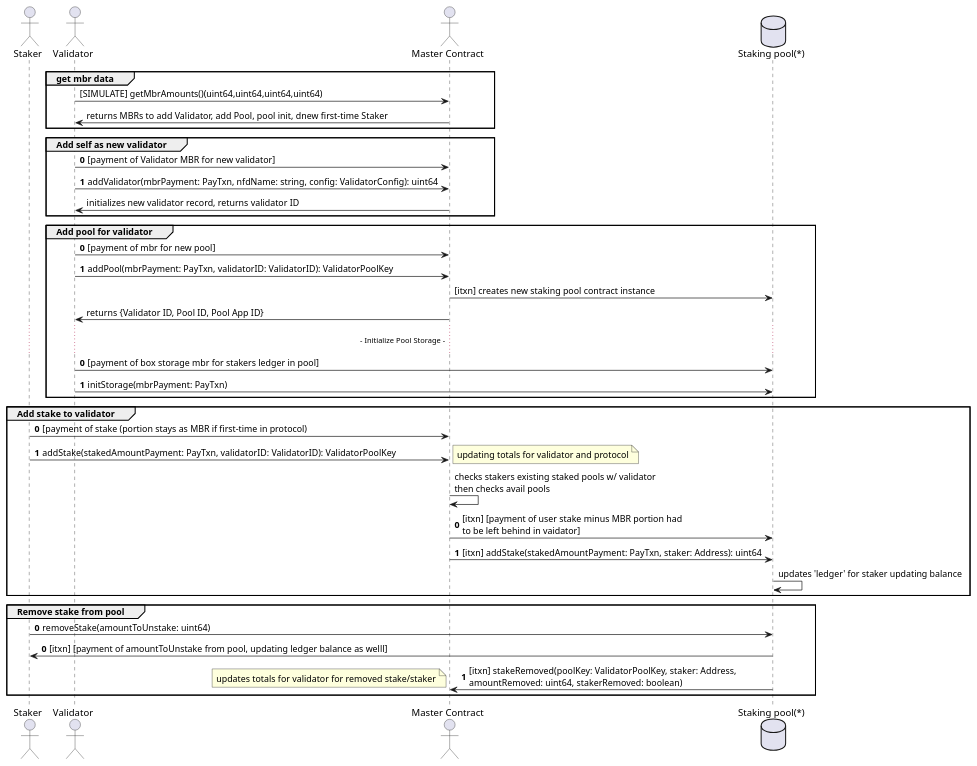
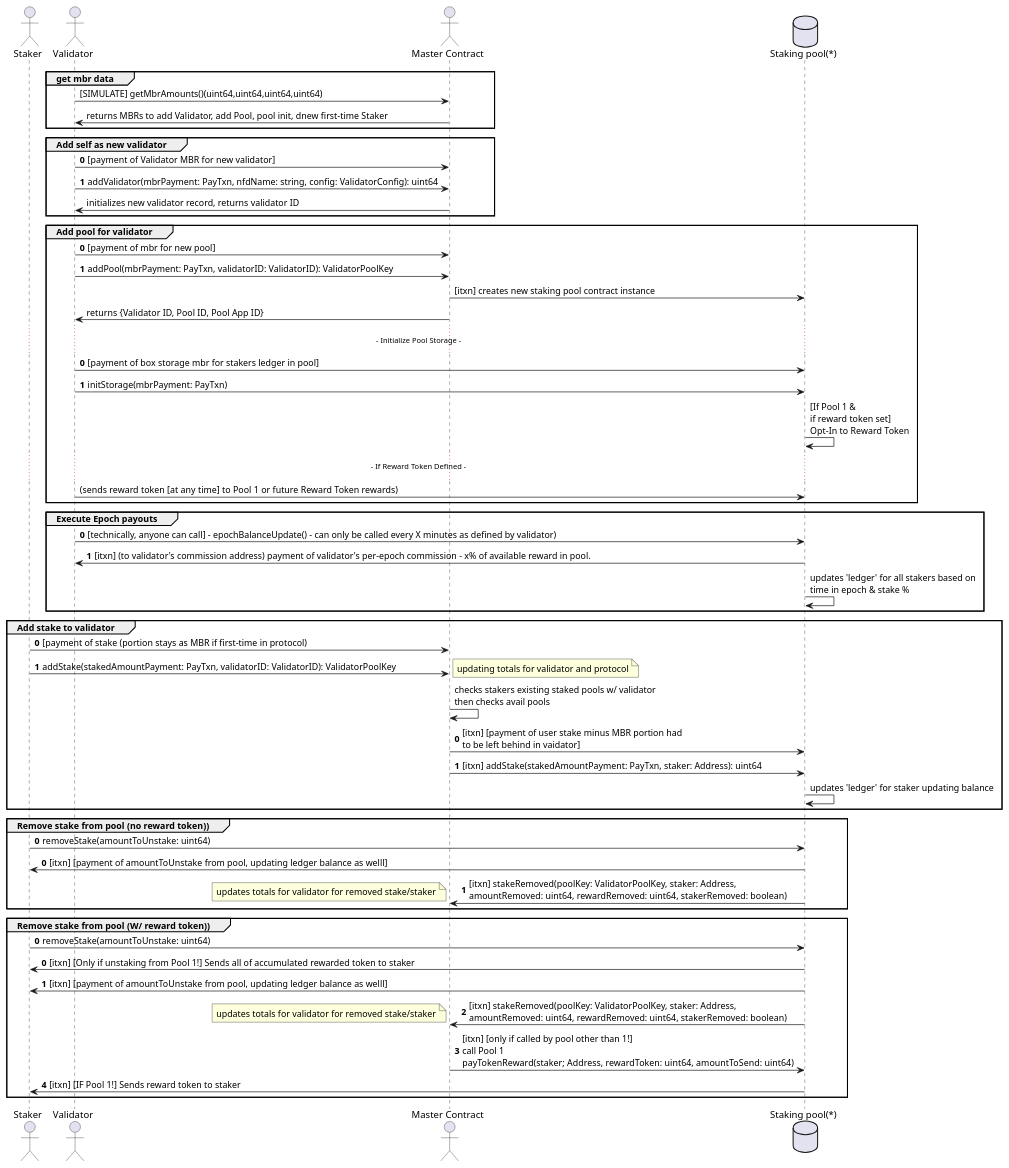
One commit to TxnLab/reti changed the diagram in docs/diagrams/validator.puml. Above: the diagram before and after it, drawn with PlantUML. The commit also changed 14 other files, not shown here.

Commit message:
Updated diagram to cover reward token handling

```diff
--- a/docs/diagrams/validator.puml
+++ b/docs/diagrams/validator.puml
@@ -1,51 +1,75 @@
 @startuml
 actor "Staker" as staker
 actor "Validator" as validator
 actor "Master Contract" as master
 database "Staking pool(*)" as pool
 group get mbr data
 validator -> master: [SIMULATE] getMbrAmounts()(uint64,uint64,uint64,uint64)
 master->validator: returns MBRs to add Validator, add Pool, pool init, dnew first-time Staker
 end
 group Add self as new validator
 autonumber 0
 validator -> master: [payment of Validator MBR for new validator]
 validator -> master: addValidator(mbrPayment: PayTxn, nfdName: string, config: ValidatorConfig): uint64
 autonumber stop
 master -> validator: initializes new validator record, returns validator ID
 end
+
 group Add pool for validator
 autonumber 0
 validator -> master: [payment of mbr for new pool]
 validator -> master: addPool(mbrPayment: PayTxn, validatorID: ValidatorID): ValidatorPoolKey
 autonumber stop
 master -> pool: [itxn] creates new staking pool contract instance
 master -> validator: returns {Validator ID, Pool ID, Pool App ID}
 ...  - Initialize Pool Storage - ...
 autonumber 0
 validator -> pool: [payment of box storage mbr for stakers ledger in pool]
 validator -> pool: initStorage(mbrPayment: PayTxn)
 autonumber stop
+pool -> pool: [If Pool 1 &\nif reward token set]\nOpt-In to Reward Token
+...  - If Reward Token Defined - ...
+validator -> pool: (sends reward token [at any time] to Pool 1 or future Reward Token rewards)
 end
+
+group Execute Epoch payouts
+autonumber 0
+validator -> pool: [technically, anyone can call] - epochBalanceUpdate() - can only be called every X minutes as defined by validator)
+pool -> validator: [itxn] (to validator's commission address) payment of validator's per-epoch commission - x% of available reward in pool.
+autonumber stop
+pool -> pool: updates 'ledger' for all stakers based on\ntime in epoch & stake %
+end
+
 group Add stake to validator
 autonumber 0
 staker -> master: [payment of stake (portion stays as MBR if first-time in protocol)
 staker -> master:  addStake(stakedAmountPayment: PayTxn, validatorID: ValidatorID): ValidatorPoolKey
 note right: updating totals for validator and protocol
 autonumber stop
 master -> master: checks stakers existing staked pools w/ validator\nthen checks avail pools
 autonumber 0
 master -> pool: [itxn] [payment of user stake minus MBR portion had\nto be left behind in vaidator]
 master -> pool: [itxn] addStake(stakedAmountPayment: PayTxn, staker: Address): uint64
 autonumber stop
 pool -> pool: updates 'ledger' for staker updating balance
 end
-group Remove stake from pool
+group Remove stake from pool (no reward token))
 autonumber 0
 staker -> pool: removeStake(amountToUnstake: uint64)
 autonumber 0
 pool -> staker: [itxn] [payment of amountToUnstake from pool, updating ledger balance as welll]
-pool -> master: [itxn] stakeRemoved(poolKey: ValidatorPoolKey, staker: Address,\namountRemoved: uint64, stakerRemoved: boolean)
+pool -> master: [itxn] stakeRemoved(poolKey: ValidatorPoolKey, staker: Address,\namountRemoved: uint64, rewardRemoved: uint64, stakerRemoved: boolean)
 note left: updates totals for validator for removed stake/staker
 end
+group Remove stake from pool (W/ reward token))
+autonumber 0
+staker -> pool: removeStake(amountToUnstake: uint64)
+autonumber 0
+pool -> staker: [itxn] [Only if unstaking from Pool 1!] Sends all of accumulated rewarded token to staker
+pool -> staker: [itxn] [payment of amountToUnstake from pool, updating ledger balance as welll]
+pool -> master: [itxn] stakeRemoved(poolKey: ValidatorPoolKey, staker: Address,\namountRemoved: uint64, rewardRemoved: uint64, stakerRemoved: boolean)
+note left: updates totals for validator for removed stake/staker
+master -> pool: [itxn] [only if called by pool other than 1!]\ncall Pool 1\npayTokenReward(staker; Address, rewardToken: uint64, amountToSend: uint64)
+pool -> staker: [itxn] [IF Pool 1!] Sends reward token to staker
+end
 @enduml
```
